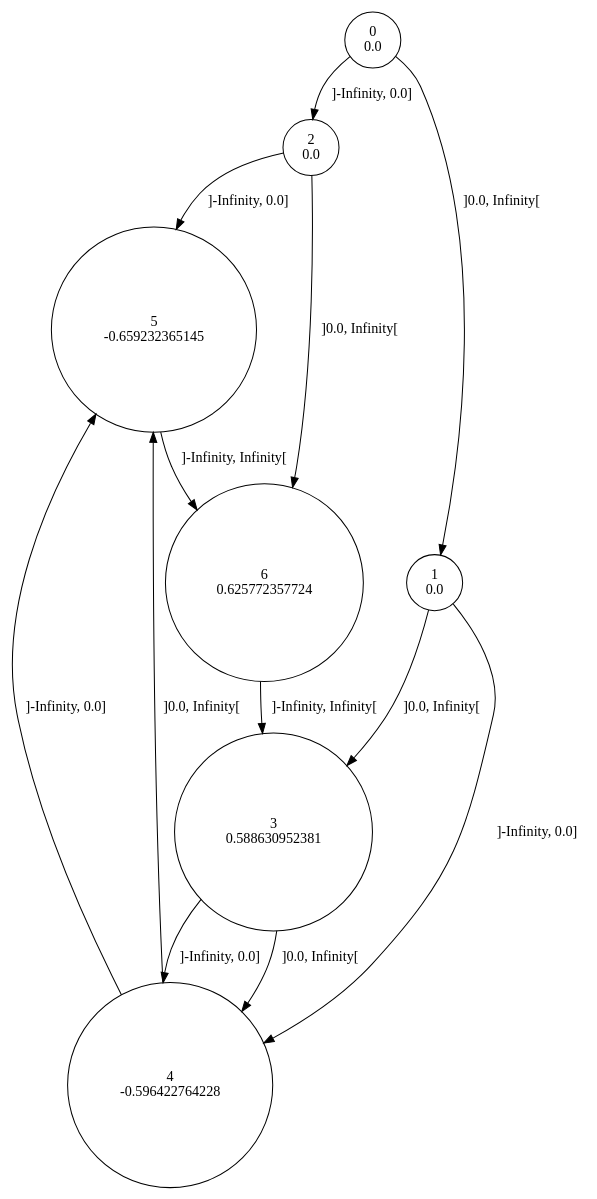
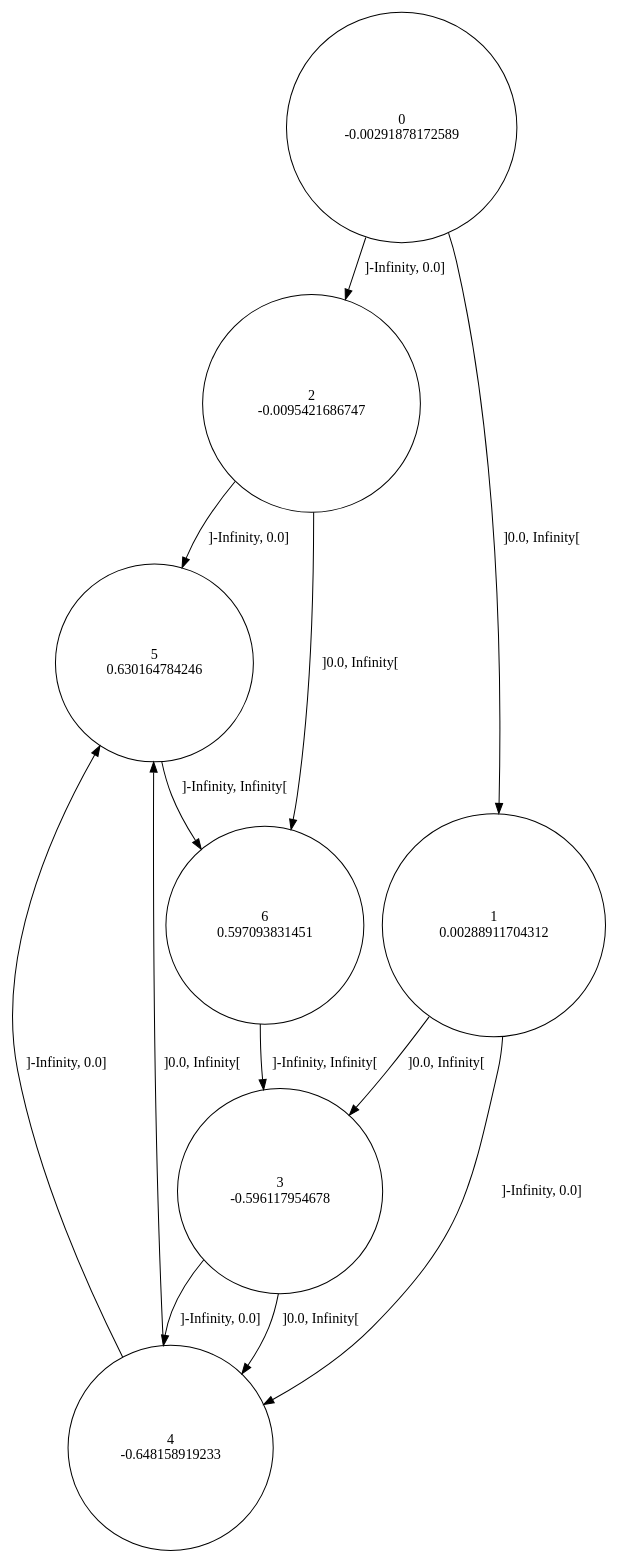
Before and after one commit to gllpellegrino/RAI_experiments: the diagram in sinus/data/3/rtisy.dot, drawn with Graphviz. The commit also changed 25 other files, not shown here.

```diff
--- a/sinus/data/3/rtisy.dot
+++ b/sinus/data/3/rtisy.dot
@@ -1,21 +1,21 @@
 digraph a {
-0 [shape=circle, label="0\n0.0"];
+0 [shape=circle, label="0\n-0.00291878172589"];
 	0 -> 2 [label="]-Infinity, 0.0]"];
 	0 -> 1 [label="]0.0, Infinity["];
-1 [shape=circle, label="1\n0.0"];
+1 [shape=circle, label="1\n0.00288911704312"];
 	1 -> 4 [label="]-Infinity, 0.0]"];
 	1 -> 3 [label="]0.0, Infinity["];
-2 [shape=circle, label="2\n0.0"];
+2 [shape=circle, label="2\n-0.0095421686747"];
 	2 -> 5 [label="]-Infinity, 0.0]"];
 	2 -> 6 [label="]0.0, Infinity["];
-3 [shape=circle, label="3\n0.588630952381"];
+3 [shape=circle, label="3\n-0.596117954678"];
 	3 -> 4 [label="]-Infinity, 0.0]"];
 	3 -> 4 [label="]0.0, Infinity["];
-4 [shape=circle, label="4\n-0.596422764228"];
+4 [shape=circle, label="4\n-0.648158919233"];
 	4 -> 5 [label="]-Infinity, 0.0]"];
 	4 -> 5 [label="]0.0, Infinity["];
-5 [shape=circle, label="5\n-0.659232365145"];
+5 [shape=circle, label="5\n0.630164784246"];
 	5 -> 6 [label="]-Infinity, Infinity["];
-6 [shape=circle, label="6\n0.625772357724"];
+6 [shape=circle, label="6\n0.597093831451"];
 	6 -> 3 [label="]-Infinity, Infinity["];
 }
```
